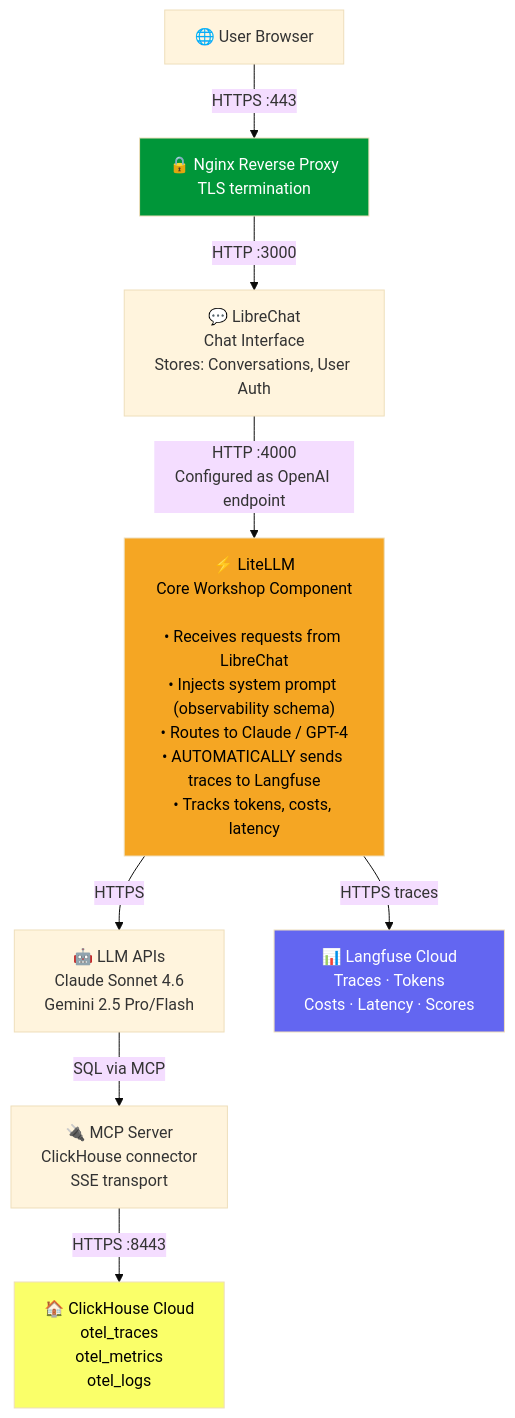
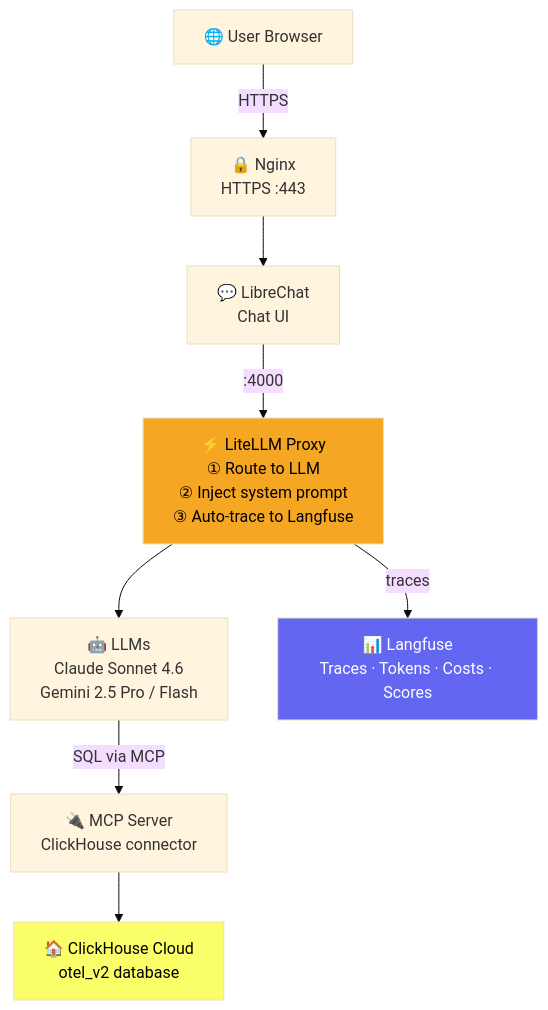
Before and after one commit to ClickHouse/ClickHouse_Demos: the diagram in agent_stack_builds/clickhouse_ai_obserability/workshop_files/README.md, drawn with Mermaid (base theme). The commit also changed other lines of this file and 12 other files, not shown here.

````diff
--- a/agent_stack_builds/clickhouse_ai_obserability/workshop_files/README.md
+++ b/agent_stack_builds/clickhouse_ai_obserability/workshop_files/README.md
@@ -23,24 +11,23 @@
 ```mermaid
 flowchart TD
     Browser["🌐 User Browser"]
-    Nginx["🔒 Nginx Reverse Proxy\nTLS termination"]
-    LibreChat["💬 LibreChat\nChat Interface\nStores: Conversations, User Auth"]
-    LiteLLM["⚡ LiteLLM\nCore Workshop Component\n\n• Receives requests from LibreChat\n• Injects system prompt (observability schema)\n• Routes to Claude / GPT-4\n• AUTOMATICALLY sends traces to Langfuse\n• Tracks tokens, costs, latency"]
-    LLMs["🤖 LLM APIs\nClaude Sonnet 4.6\nGemini 2.5 Pro/Flash"]
-    Langfuse["📊 Langfuse Cloud\nTraces · Tokens\nCosts · Latency · Scores"]
-    ClickHouse["🏠 ClickHouse Cloud\notel_traces\notel_metrics\notel_logs"]
-    MCP["🔌 MCP Server\nClickHouse connector\nSSE transport"]
+    Nginx["🔒 Nginx\nHTTPS :443"]
+    LibreChat["💬 LibreChat\nChat UI"]
+    LiteLLM["⚡ LiteLLM Proxy\n① Route to LLM\n② Inject system prompt\n③ Auto-trace to Langfuse"]
+    LLMs["🤖 LLMs\nClaude Sonnet 4.6\nGemini 2.5 Pro / Flash"]
+    Langfuse["📊 Langfuse\nTraces · Tokens · Costs · Scores"]
+    MCP["🔌 MCP Server\nClickHouse connector"]
+    ClickHouse["🏠 ClickHouse Cloud\notel_v2 database"]
 
-    Browser -->|"HTTPS :443"| Nginx
-    Nginx -->|"HTTP :3000"| LibreChat
-    LibreChat -->|"HTTP :4000\nConfigured as OpenAI endpoint"| LiteLLM
-    LiteLLM -->|"HTTPS"| LLMs
-    LiteLLM -->|"HTTPS traces"| Langfuse
-    LLMs -->|"SQL via MCP"| MCP
-    MCP -->|"HTTPS :8443"| ClickHouse
+    Browser -->|HTTPS| Nginx
+    Nginx --> LibreChat
+    LibreChat -->|":4000"| LiteLLM
+    LiteLLM --> LLMs
+    LiteLLM -->|traces| Langfuse
+    LLMs -->|SQL via MCP| MCP
+    MCP --> ClickHouse
 
     style LiteLLM fill:#f5a623,color:#000
     style ClickHouse fill:#FAFF69,color:#000
     style Langfuse fill:#6366f1,color:#fff
-    style Nginx fill:#009639,color:#fff
 ```
````
